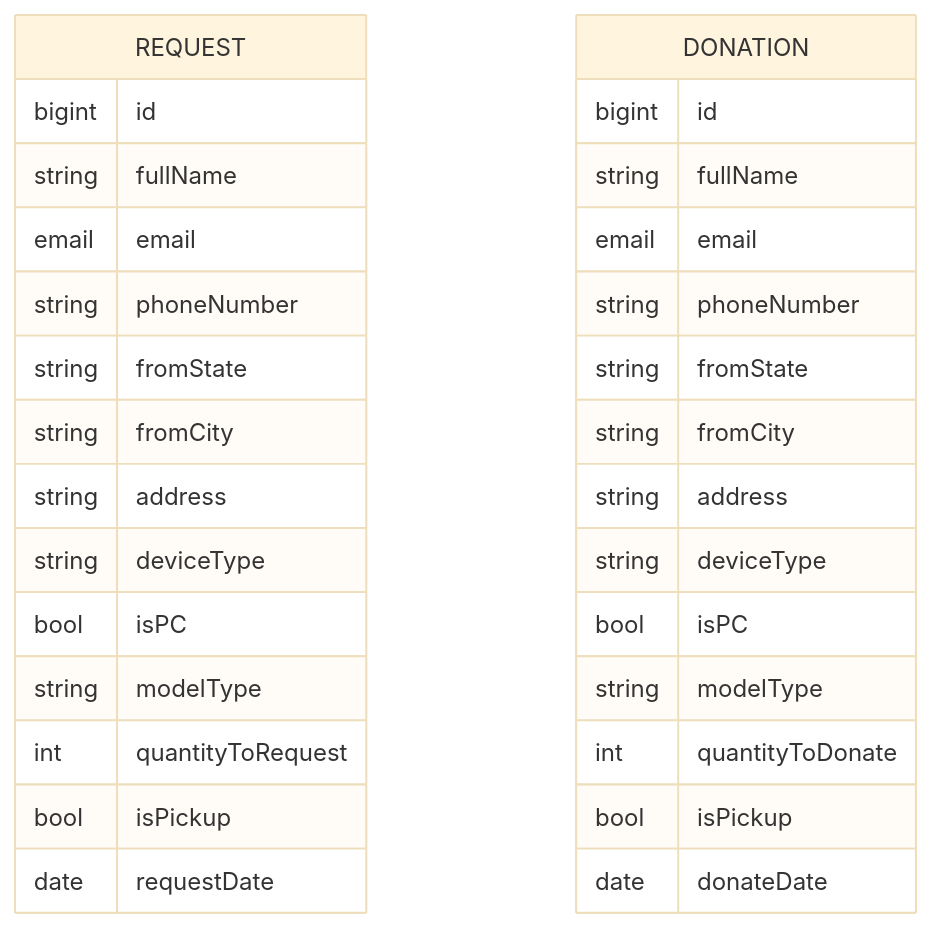
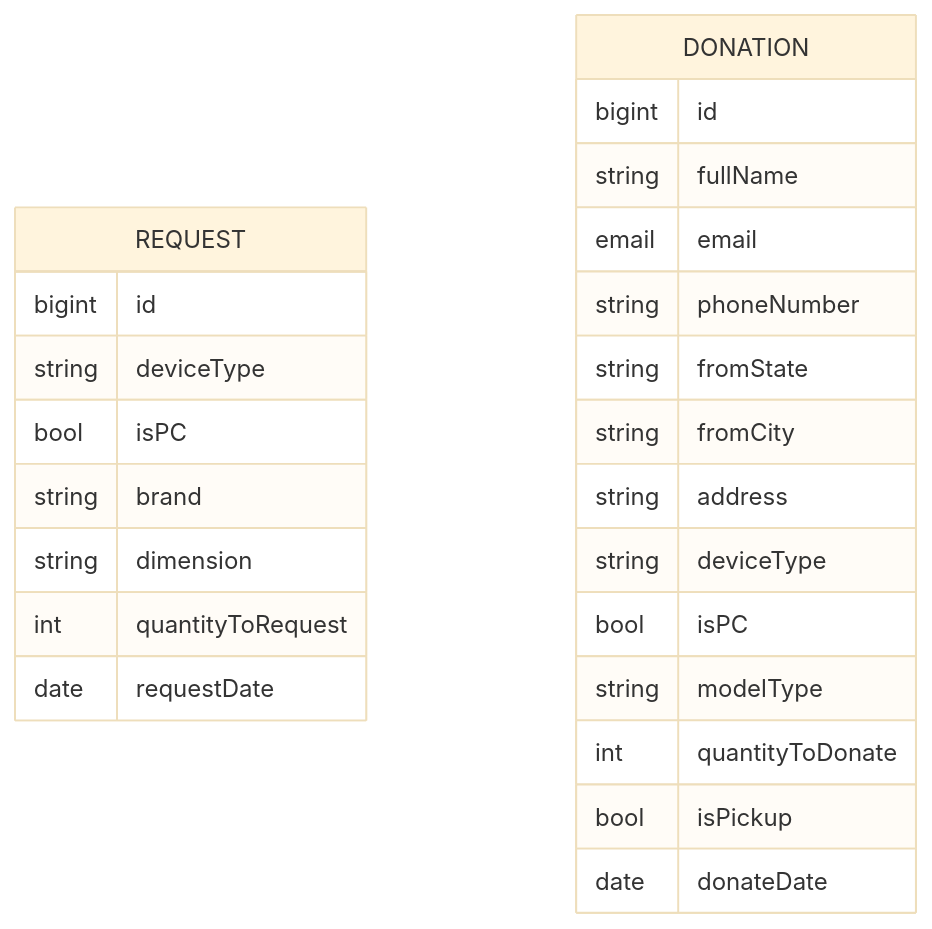
The diagram in README.md (cindywongdev/give2learn-backend), drawn with Mermaid (base theme) before and after one commit. The commit also changed 1 other file, not shown here.

Commit message:
fixed request schema typos and updated readme to match

````diff
--- a/README.md
+++ b/README.md
@@ -13,33 +13,27 @@
 ```mermaid
 erDiagram
     REQUEST {
         bigint  id
-        string  fullName
-        email   email
-        string  phoneNumber
-        string  fromState
-        string  fromCity
-        string  address
         string  deviceType
         bool    isPC
-        string  modelType
+        string  brand
+        string  dimension
         int     quantityToRequest
-        bool    isPickup
         date    requestDate
     }
     DONATION {
         bigint  id
         string  fullName
         email   email
         string  phoneNumber
         string  fromState
         string  fromCity
         string  address
         string  deviceType
         bool    isPC
         string  modelType
         int     quantityToDonate
         bool    isPickup
         date    donateDate
     }
 ```
````
